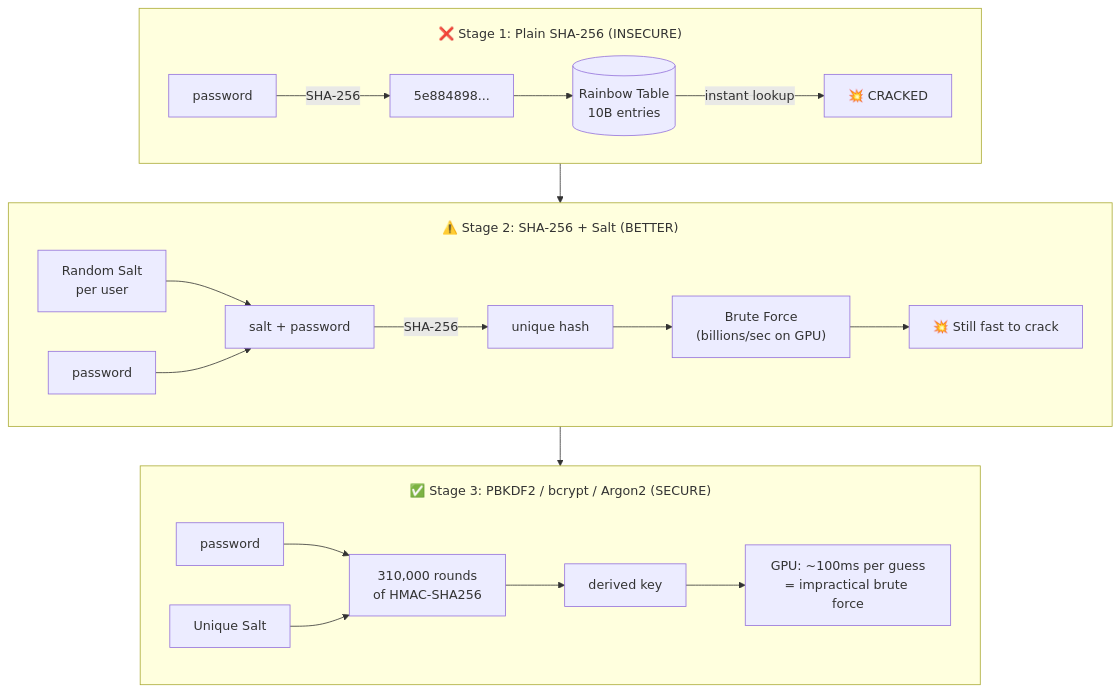
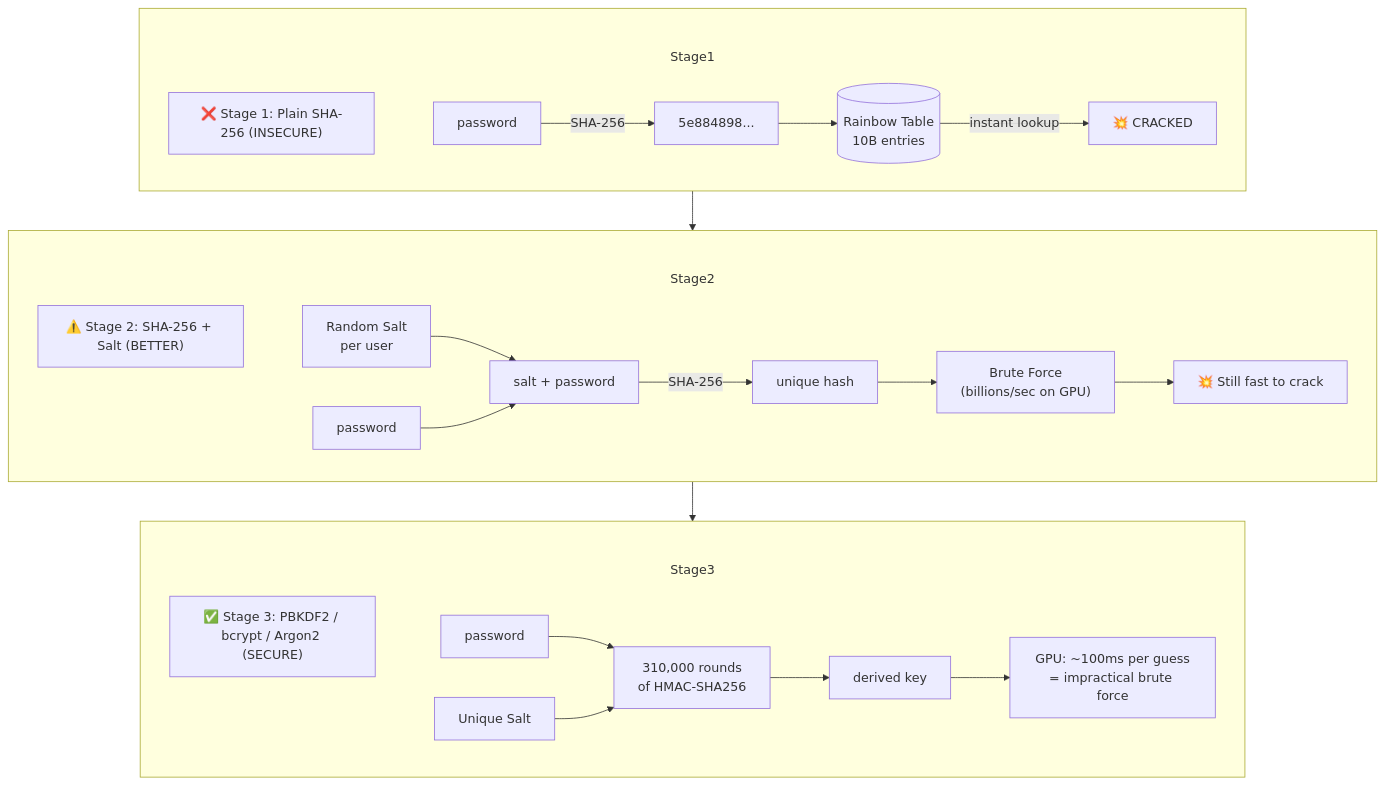
Before and after one commit to csoares/SecurityJava: diagram 12 of 19 in README.md, drawn with Mermaid. The commit also changed other lines of this file and 11 other files, not shown here.

First line of the commit message:
Fix Mermaid subgraph title overlap by moving labels into title nodes

````diff
--- a/README.md
+++ b/README.md
@@ -342,26 +358,32 @@
 ```mermaid
-%%{init: {'flowchart': {'subGraphTitleMargin': {'top': 20, 'bottom': 5}}}}%%
+%%{init: {'flowchart': {'subGraphTitleMargin': {'top': 50, 'bottom': 10}}}}%%
 flowchart TD
-    subgraph Stage1 ["❌ Stage 1: Plain SHA-256 (INSECURE)"]
+    subgraph Stage1
+        T_Stage1["❌ Stage 1: Plain SHA-256 (INSECURE)"]
+        T_Stage1 ~~~ P1
         P1["password"] -->|"SHA-256"| H1["5e884898..."]
         H1 --> RT[("Rainbow Table<br/>10B entries")]
         RT -->|"instant lookup"| CRACK1["💥 CRACKED"]
     end
 
-    subgraph Stage2 ["⚠️ Stage 2: SHA-256 + Salt (BETTER)"]
+    subgraph Stage2
+        T_Stage2["⚠️ Stage 2: SHA-256 + Salt (BETTER)"]
+        T_Stage2 ~~~ SALT
         SALT["Random Salt<br/>per user"] --> COMBINE["salt + password"]
         P2["password"] --> COMBINE
         COMBINE -->|"SHA-256"| H2["unique hash"]
         H2 --> BRUTE["Brute Force<br/>(billions/sec on GPU)"]
         BRUTE --> CRACK2["💥 Still fast to crack"]
     end
 
-    subgraph Stage3 ["✅ Stage 3: PBKDF2 / bcrypt / Argon2 (SECURE)"]
+    subgraph Stage3
+        T_Stage3["✅ Stage 3: PBKDF2 / bcrypt / Argon2 (SECURE)"]
+        T_Stage3 ~~~ P3
         P3["password"] --> SLOW["310,000 rounds<br/>of HMAC-SHA256"]
         SALT2["Unique Salt"] --> SLOW
         SLOW --> H3["derived key"]
         H3 --> HARD["GPU: ~100ms per guess<br/>= impractical brute force"]
     end
 
     Stage1 --> Stage2 --> Stage3
 ```
````
